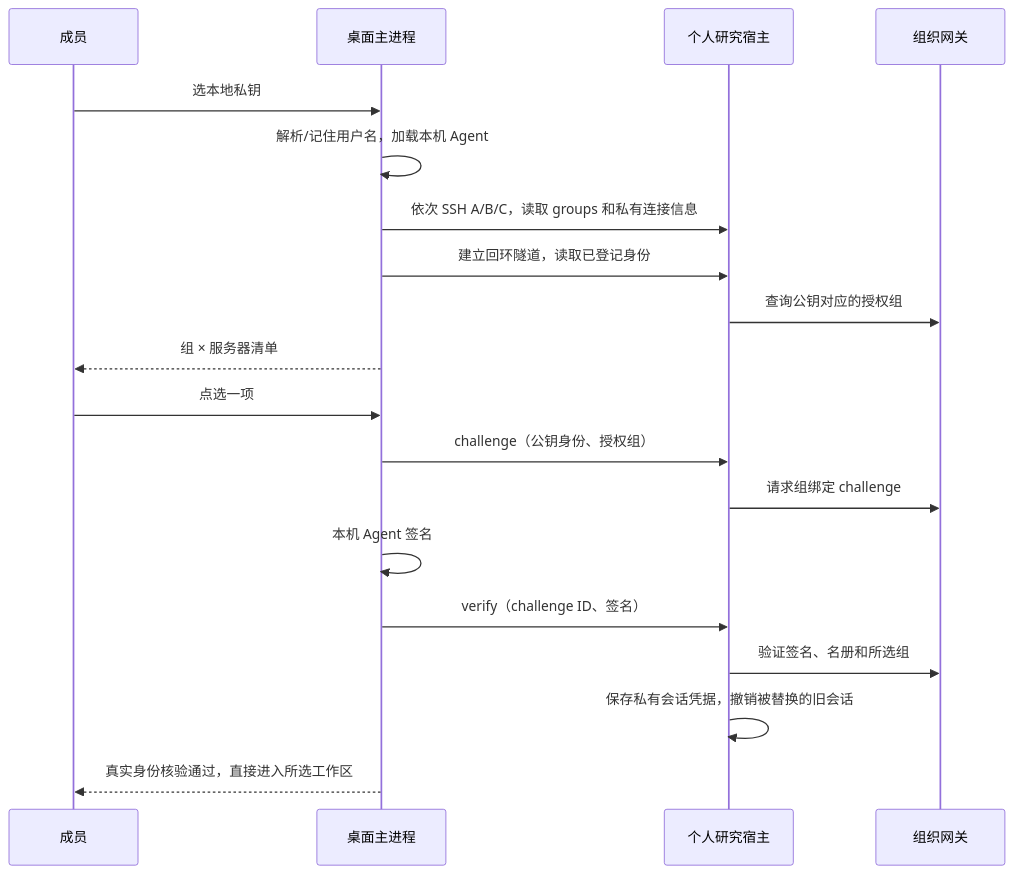
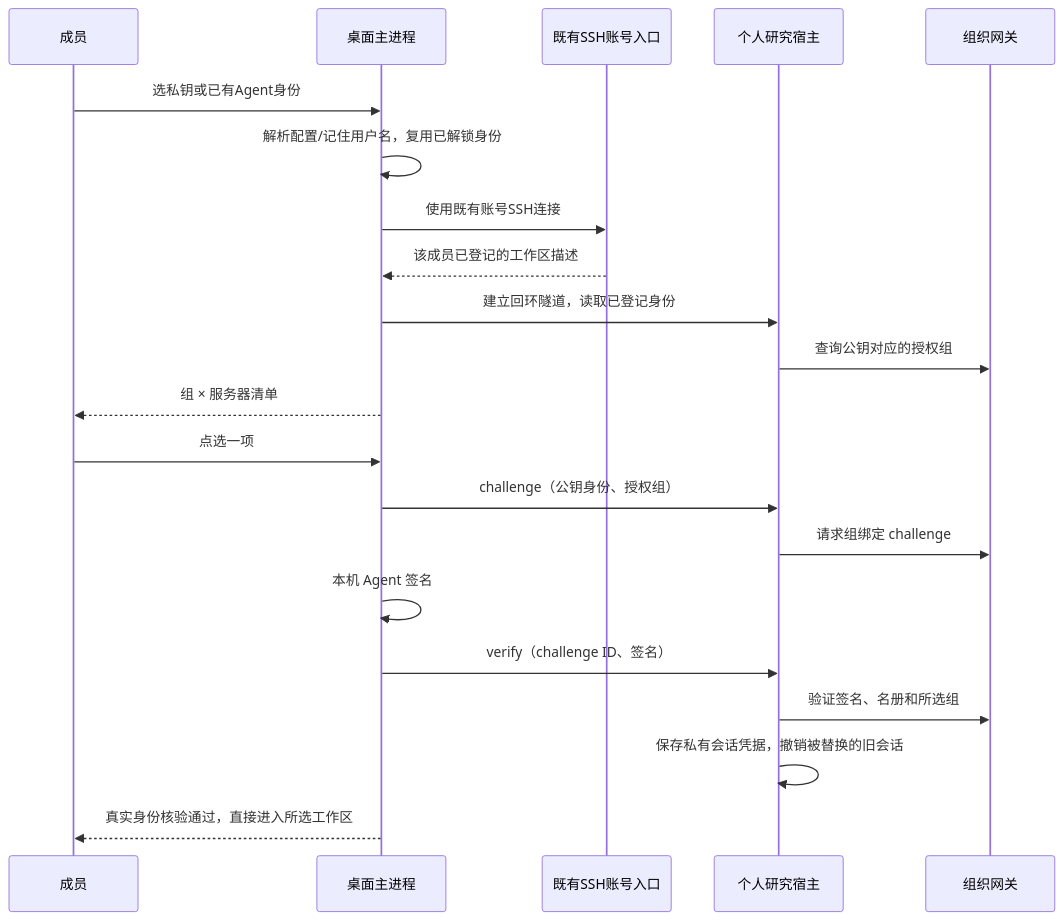
One commit to HKUST-QUANT-SOCIETY/quantcode changed the diagram in docs/LOGIN_FLOW.md. Above: the diagram before and after it, drawn with Mermaid. The commit also changed other lines of this file and 4 other files, not shown here.

````diff
--- a/docs/LOGIN_FLOW.md
+++ b/docs/LOGIN_FLOW.md
@@ -26,21 +26,23 @@
 ```mermaid
 sequenceDiagram
   participant U as 成员
   participant D as 桌面主进程
+  participant S as 既有SSH账号入口
   participant H as 个人研究宿主
   participant G as 组织网关
-  U->>D: 选本地私钥
-  D->>D: 解析/记住用户名，加载本机 Agent
-  D->>H: 依次 SSH A/B/C，读取 groups 和私有连接信息
+  U->>D: 选私钥或已有Agent身份
+  D->>D: 解析配置/记住用户名，复用已解锁身份
+  D->>S: 使用既有账号SSH连接
+  S-->>D: 该成员已登记的工作区描述
   D->>H: 建立回环隧道，读取已登记身份
   H->>G: 查询公钥对应的授权组
   D-->>U: 组 × 服务器清单
   U->>D: 点选一项
   D->>H: challenge（公钥身份、授权组）
   H->>G: 请求组绑定 challenge
   D->>D: 本机 Agent 签名
   D->>H: verify（challenge ID、签名）
   H->>G: 验证签名、名册和所选组
   H->>H: 保存私有会话凭据，撤销被替换的旧会话
   D-->>U: 真实身份核验通过，直接进入所选工作区
 ```
````
